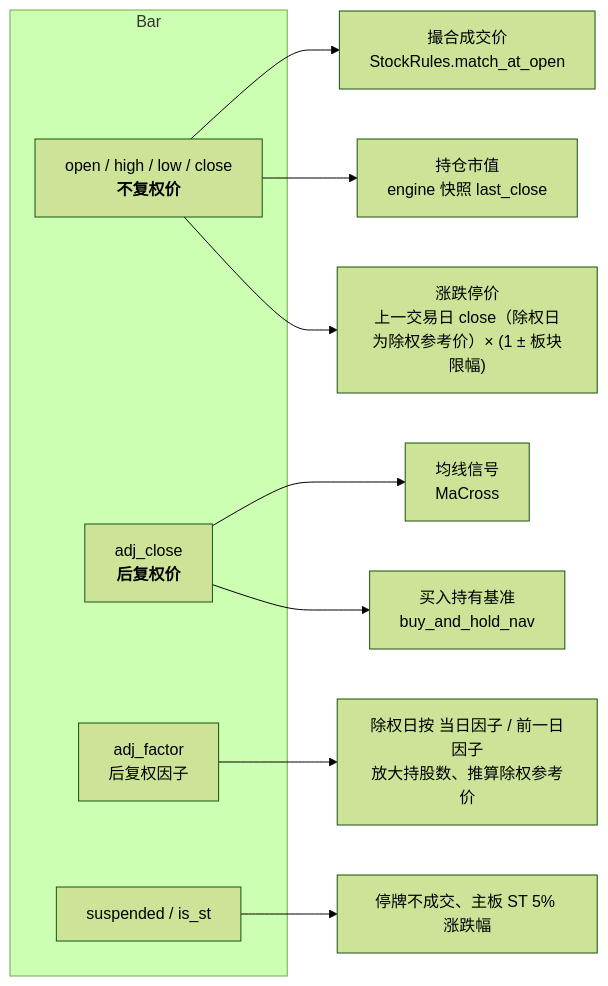
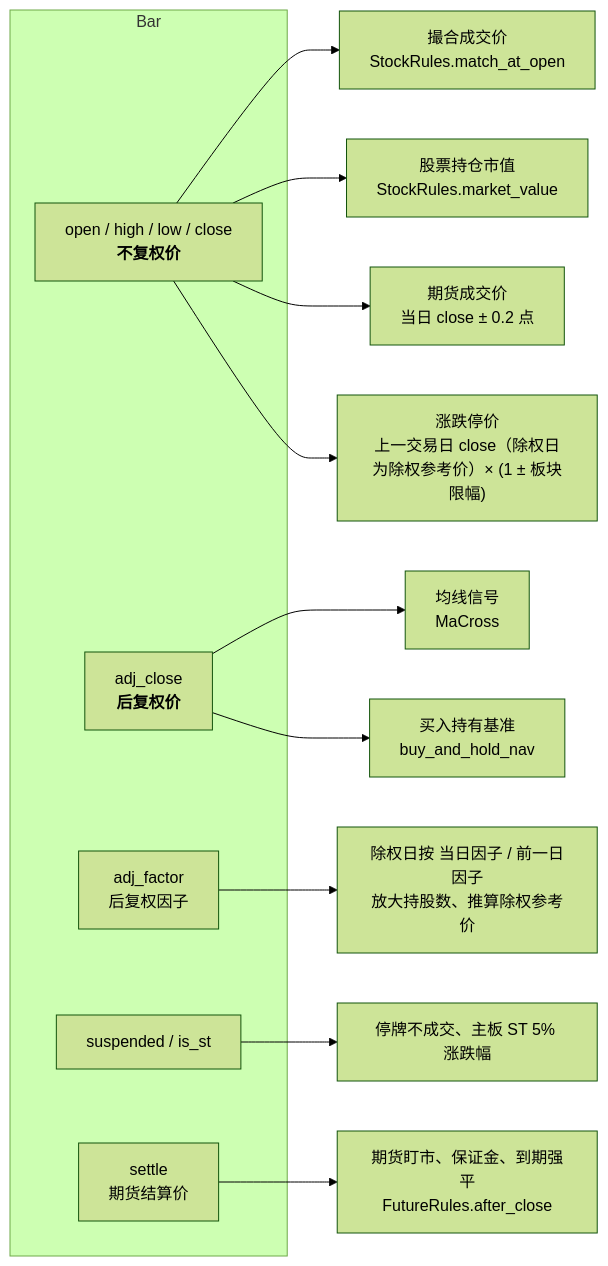
Before and after one commit to guevara12345/quant: the ninth of 25 diagrams in docs/code-walkthrough.md, drawn with Mermaid (forest theme). The commit also changed other lines of this file and 33 other files, not shown here.

````diff
--- a/docs/code-walkthrough.md
+++ b/docs/code-walkthrough.md
@@ -448,16 +545,19 @@
 ```mermaid
 flowchart LR
     subgraph Bar
         U["open / high / low / close<br/><b>不复权价</b>"]
         A["adj_close<br/><b>后复权价</b>"]
         F["adj_factor<br/>后复权因子"]
         X["suspended / is_st"]
+        ST["settle<br/>期货结算价"]
     end
     U --> M1["撮合成交价<br/>StockRules.match_at_open"]
-    U --> M2["持仓市值<br/>engine 快照 last_close"]
+    U --> M2["股票持仓市值<br/>StockRules.market_value"]
+    U --> M4["期货成交价<br/>当日 close ± 0.2 点"]
+    ST --> MM["期货盯市、保证金、到期强平<br/>FutureRules.after_close"]
     U --> M3["涨跌停价<br/>上一交易日 close（除权日为除权参考价）× (1 ± 板块限幅)"]
     A --> S1["均线信号<br/>MaCross"]
     A --> S2["买入持有基准<br/>buy_and_hold_nav"]
     F --> T1["除权日按 当日因子 / 前一日因子<br/>放大持股数、推算除权参考价"]
     X --> T2["停牌不成交、主板 ST 5% 涨跌幅"]
 ```
````
